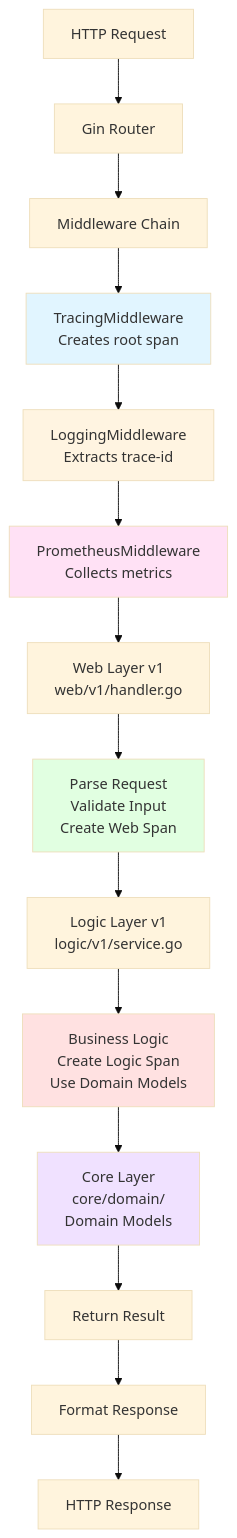
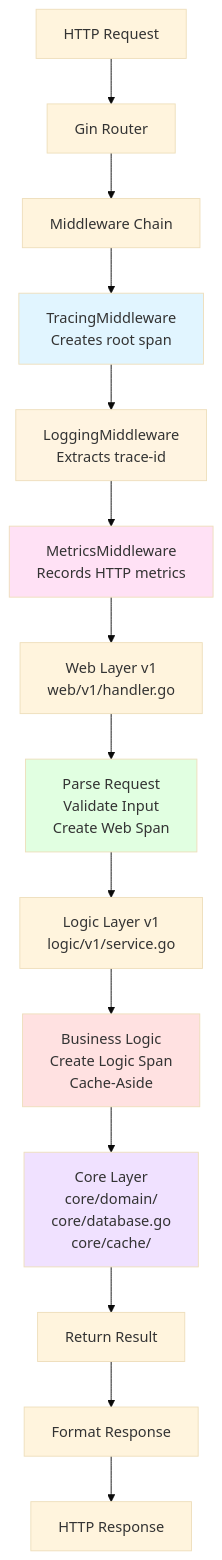
The first of 6 diagrams in docs/observability/architecture.md (duynhlab/homelab), drawn with Mermaid (base theme) before and after one commit. The commit also changed other lines of this file and 2 other files, not shown here.

First line of the commit message:
Refresh observability architecture docs

````diff
--- a/docs/observability/architecture.md
+++ b/docs/observability/architecture.md
@@ -38,30 +45,30 @@
 ```mermaid
 graph TD
     A[HTTP Request] --> B[Gin Router]
     B --> C[Middleware Chain]
-    
+
     C --> D[TracingMiddleware<br/>Creates root span]
     D --> E[LoggingMiddleware<br/>Extracts trace-id]
-    E --> F[PrometheusMiddleware<br/>Collects metrics]
-    
+    E --> F[MetricsMiddleware<br/>Records HTTP metrics]
+
     F --> H[Web Layer v1<br/>web/v1/handler.go]
-    
+
     H --> J[Parse Request<br/>Validate Input<br/>Create Web Span]
-    
+
     J --> L[Logic Layer v1<br/>logic/v1/service.go]
-    
-    L --> N[Business Logic<br/>Create Logic Span<br/>Use Domain Models]
-    
-    N --> O[Core Layer<br/>core/domain/<br/>Domain Models]
-    
+
+    L --> N[Business Logic<br/>Create Logic Span<br/>Cache-Aside]
+
+    N --> O[Core Layer<br/>core/domain/<br/>core/database.go<br/>core/cache/]
+
     O --> P[Return Result]
     P --> Q[Format Response]
     Q --> R[HTTP Response]
-    
+
     style D fill:#e1f5ff
     style E fill:#fff4e1
     style F fill:#ffe1f5
     style J fill:#e1ffe1
     style N fill:#ffe1e1
     style O fill:#f0e1ff
 ```
````
